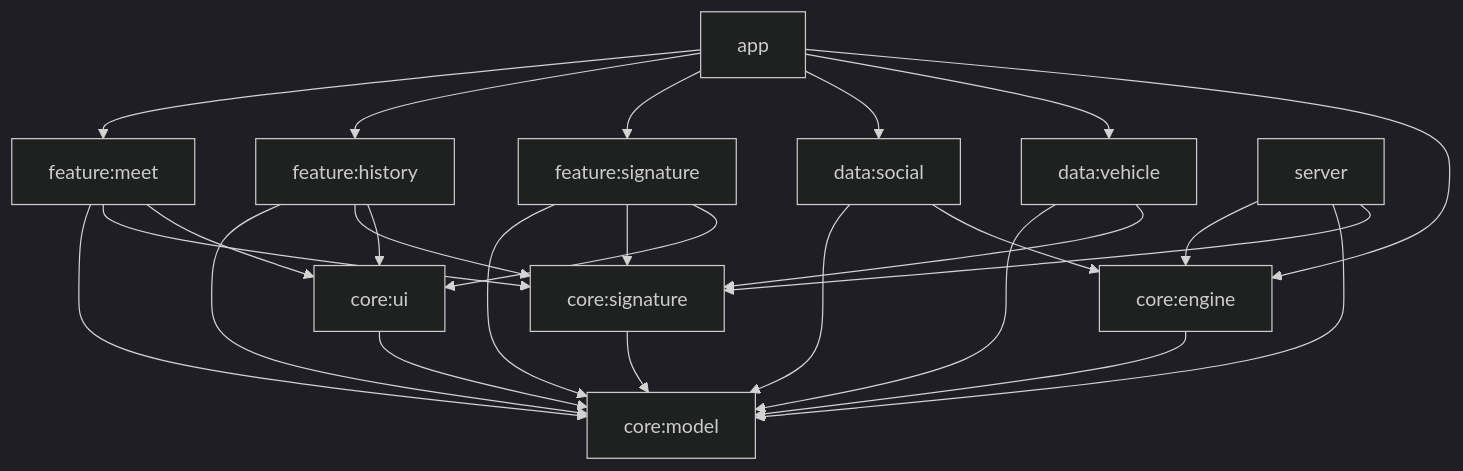
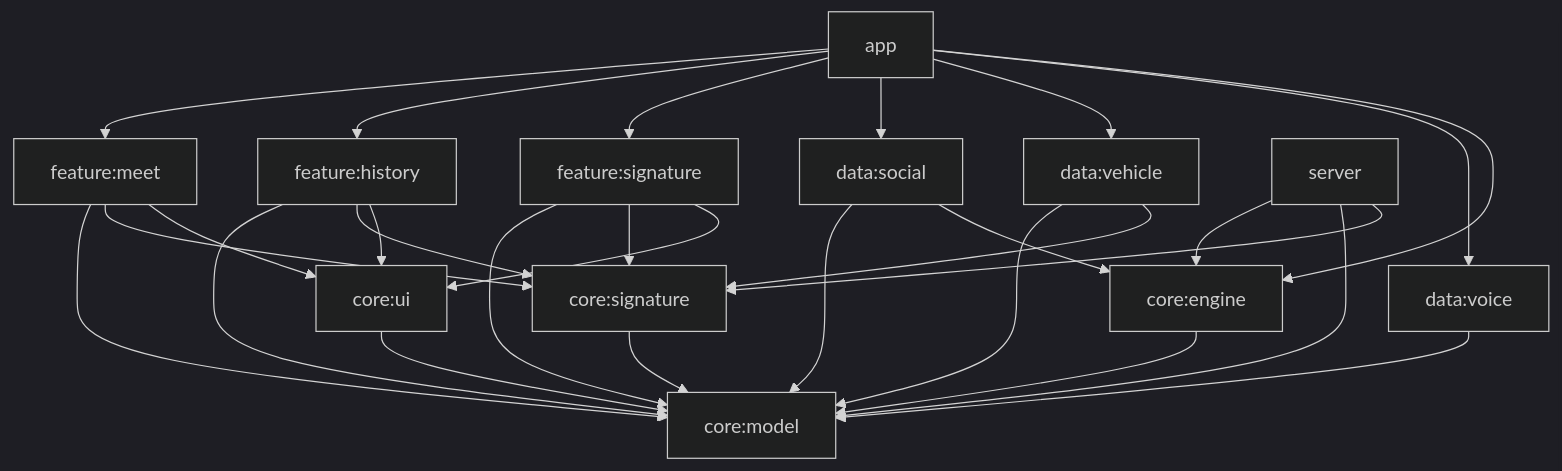
One commit to kako-labs/chayeon changed the first of 2 diagrams in docs/architecture.md. Above: the diagram before and after it, drawn with Mermaid (dark theme). The commit also changed other lines of this file and 190 other files, not shown here.

````diff
--- a/docs/architecture.md
+++ b/docs/architecture.md
@@ -31,28 +32,30 @@
 ```mermaid
 flowchart TD
   App[app] --> Meet[feature:meet]
   App --> History[feature:history]
   App --> Sig[feature:signature]
   App --> Social[data:social]
   App --> Vehicle[data:vehicle]
+  App --> Voice[data:voice]
+  Voice --> Model
   Meet --> Model[core:model]
   Meet --> SigCore[core:signature]
   Meet --> UI[core:ui]
   History --> Model
   History --> SigCore
   History --> UI
   Sig --> Model
   Sig --> SigCore
   Sig --> UI
   App --> Engine[core:engine]
   Social --> Model
   Social --> Engine
   Engine --> Model
   Server --> Engine
   Vehicle --> Model
   Vehicle --> SigCore
   SigCore --> Model
   UI --> Model
   Server[server] --> Model
   Server --> SigCore
 ```
````
